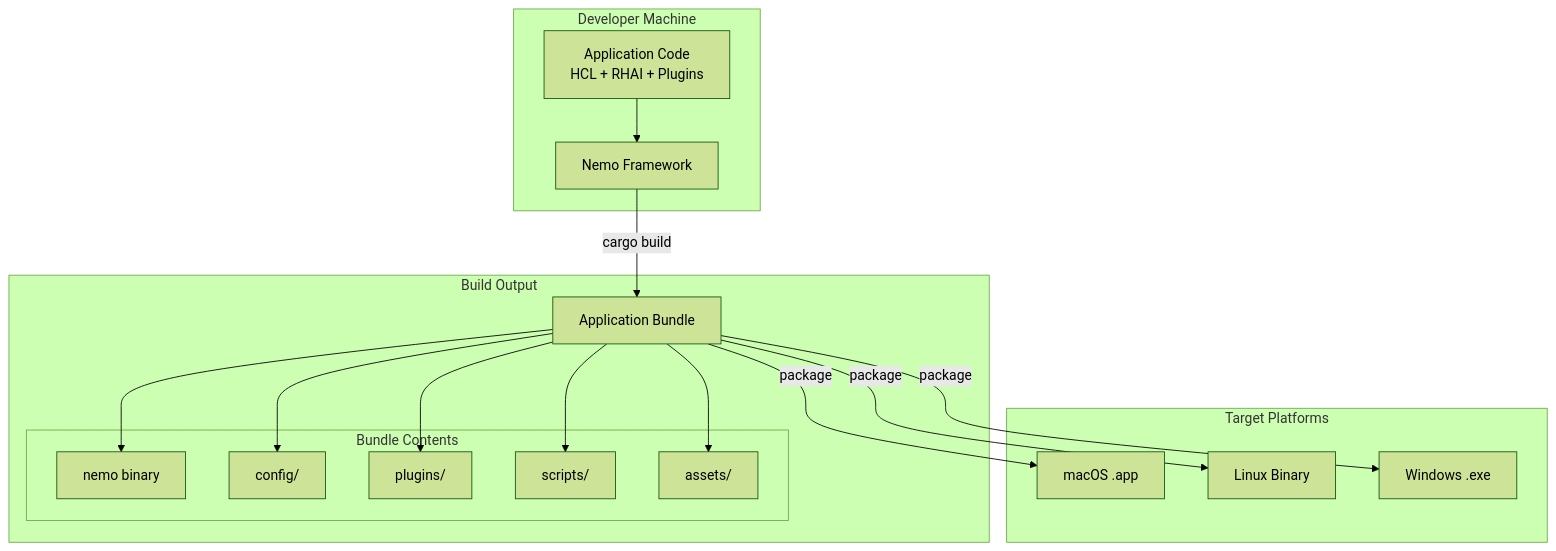
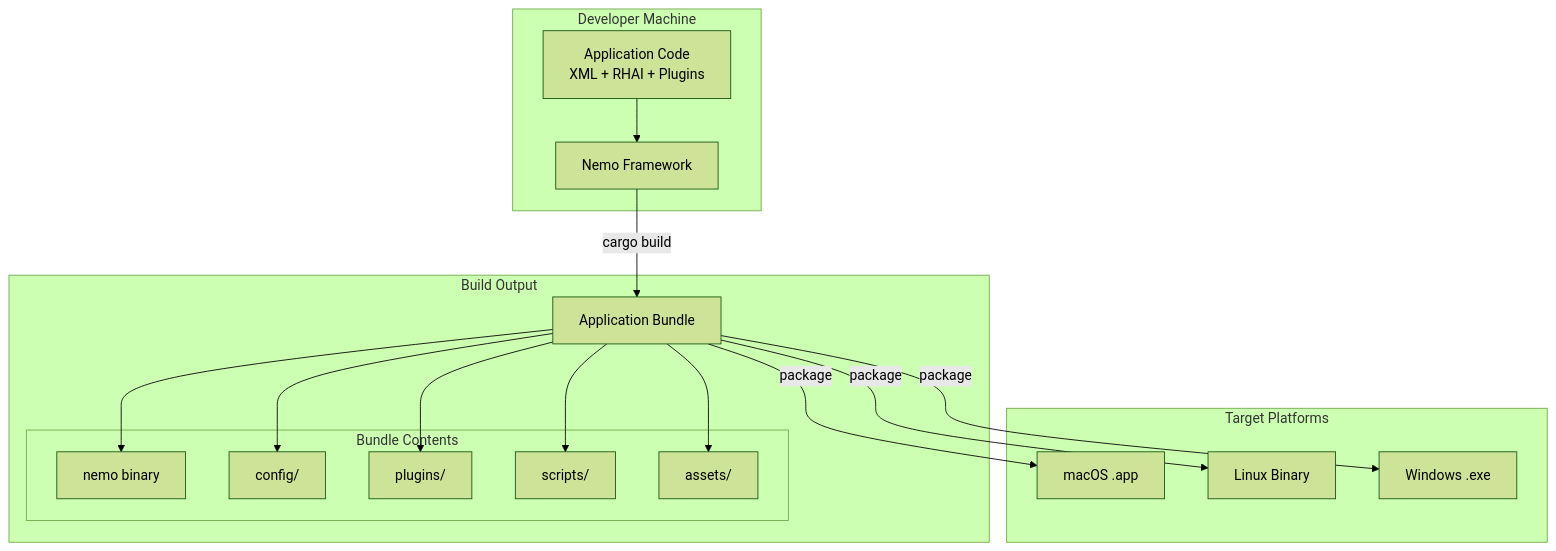
One commit to geoffjay/nemo changed diagram 17 of 17 in docs/public/architecture.md. Above: the diagram before and after it, drawn with Mermaid (forest theme). The commit also changed other lines of this file and 59 other files, not shown here.

Commit message:
doc: update hcl references to xml

````diff
--- a/docs/public/architecture.md
+++ b/docs/public/architecture.md
@@ -744,38 +744,38 @@
 ```mermaid
 graph TB
     subgraph "Developer Machine"
-        dev_code[Application Code<br/>HCL + RHAI + Plugins]
+        dev_code[Application Code<br/>XML + RHAI + Plugins]
         nemo_dev[Nemo Framework]
         
         dev_code --> nemo_dev
     end
     
     subgraph "Build Output"
         app_bundle[Application Bundle]
         
         subgraph "Bundle Contents"
             binary[nemo binary]
             config_dir[config/]
             plugins_dir[plugins/]
             scripts_dir[scripts/]
             assets_dir[assets/]
         end
         
         app_bundle --> binary
         app_bundle --> config_dir
         app_bundle --> plugins_dir
         app_bundle --> scripts_dir
         app_bundle --> assets_dir
     end
     
     subgraph "Target Platforms"
         macos[macOS .app]
         linux[Linux Binary]
         windows[Windows .exe]
     end
     
     nemo_dev -->|cargo build| app_bundle
     app_bundle -->|package| macos
     app_bundle -->|package| linux
     app_bundle -->|package| windows
 ```
````
